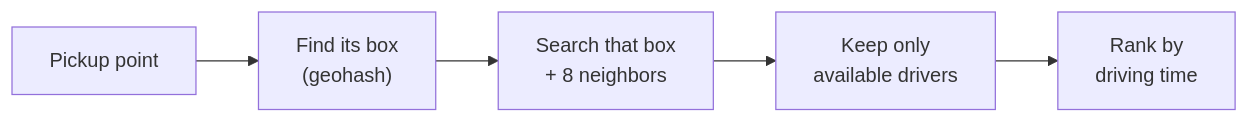
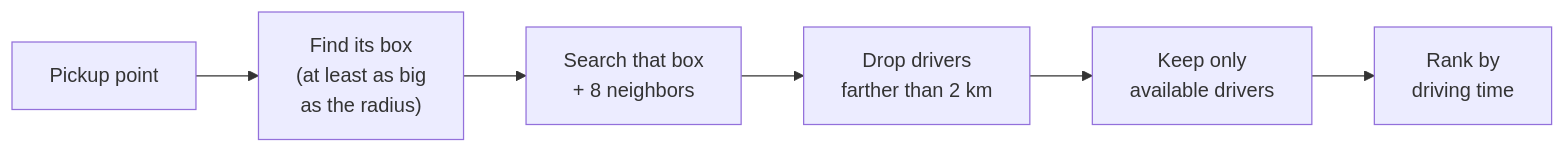
One commit to iamrs77/interview-ready changed the second of 4 diagrams in content/system-design/questions/uber.mdx. Above: the diagram before and after it, drawn with Mermaid. The commit also changed other lines of this file and 132 other files, not shown here.

````diff
--- a/content/system-design/questions/uber.mdx
+++ b/content/system-design/questions/uber.mdx
@@ -181,7 +188,8 @@
 ```mermaid
 flowchart LR
-  P["Pickup point"] --> Cell["Find its box<br/>(geohash)"]
+  P["Pickup point"] --> Cell["Find its box<br/>(at least as big<br/>as the radius)"]
   Cell --> Near["Search that box<br/>+ 8 neighbors"]
-  Near --> Free["Keep only<br/>available drivers"]
+  Near --> Dist["Drop drivers<br/>farther than 2 km"]
+  Dist --> Free["Keep only<br/>available drivers"]
   Free --> Rank["Rank by<br/>driving time"]
 ```
````
